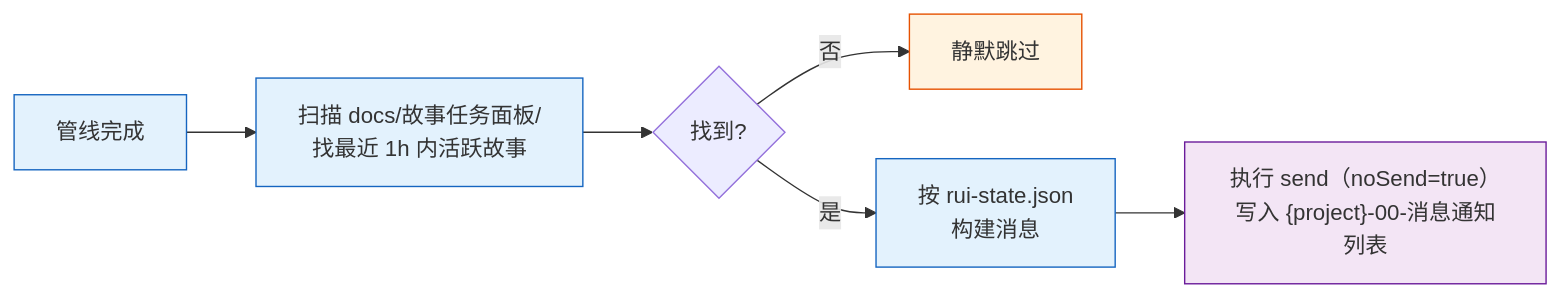
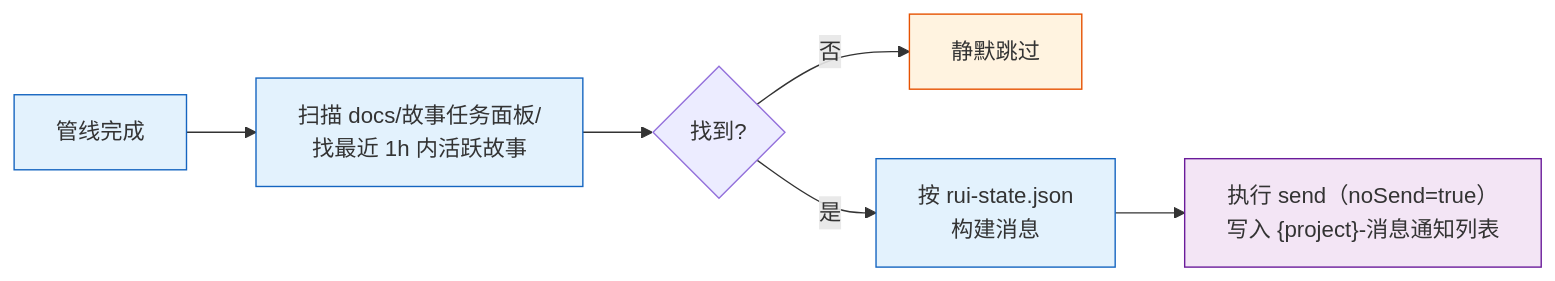
The eighth of 11 diagrams in skills/wework-bot/SKILL.md (effiy/YrY), drawn with Mermaid before and after one commit. The commit also changed other lines of this file and 90 other files, not shown here.

````diff
--- a/skills/wework-bot/SKILL.md
+++ b/skills/wework-bot/SKILL.md
@@ -272,13 +272,13 @@
 ```mermaid
 flowchart LR
     PIPE["管线完成"]:::s --> SCAN["扫描 docs/故事任务面板/<br/>找最近 1h 内活跃故事"]:::op
     SCAN --> Q{"找到?"}
     Q -->|"否"| SKIP["静默跳过"]:::warn
     Q -->|"是"| BUILD["按 rui-state.json<br/>构建消息"]:::op
-    BUILD --> APPEND["执行 send（noSend=true）<br/>写入 {project}-00-消息通知列表"]:::out
+    BUILD --> APPEND["执行 send（noSend=true）<br/>写入 {project}-消息通知列表"]:::out
 
     classDef s fill:#e3f2fd,stroke:#1565c0;
     classDef op fill:#e3f2fd,stroke:#1565c0;
     classDef warn fill:#fff3e0,stroke:#e65100;
     classDef out fill:#f3e5f5,stroke:#6a1b9a;
 ```
````
